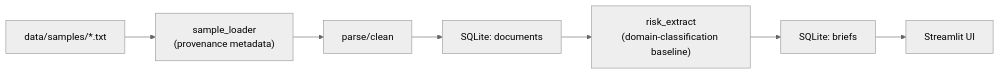
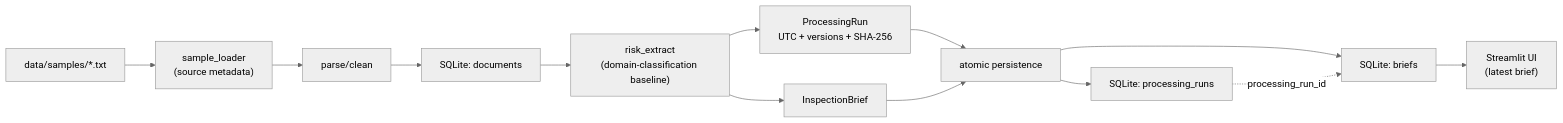
The diagram in README.md (NikolayAir/seco-tender-inspection-brief), drawn with Mermaid (neutral theme) before and after one commit. The commit also changed other lines of this file and 7 other files, not shown here.

First line of the commit message:
Add processing-run provenance metadata (#7)

````diff
--- a/README.md
+++ b/README.md
@@ -89,9 +90,15 @@
 ```mermaid
 flowchart LR
-    sampleFile["data/samples/*.txt"] --> loader["sample_loader<br/>(provenance metadata)"]
+    sampleFile["data/samples/*.txt"] --> loader["sample_loader<br/>(source metadata)"]
     loader --> cleaner["parse/clean"]
     cleaner --> db_doc["SQLite: documents"]
     db_doc --> extractor["risk_extract<br/>(domain-classification baseline)"]
-    extractor --> db_brief["SQLite: briefs"]
-    db_brief --> ui["Streamlit UI"]
+    extractor --> run_meta["ProcessingRun<br/>UTC + versions + SHA-256"]
+    extractor --> brief["InspectionBrief"]
+    run_meta --> persistence["atomic persistence"]
+    brief --> persistence
+    persistence --> db_run["SQLite: processing_runs"]
+    persistence --> db_brief["SQLite: briefs"]
+    db_run -. processing_run_id .-> db_brief
+    db_brief --> ui["Streamlit UI<br/>(latest brief)"]
 ```
````
